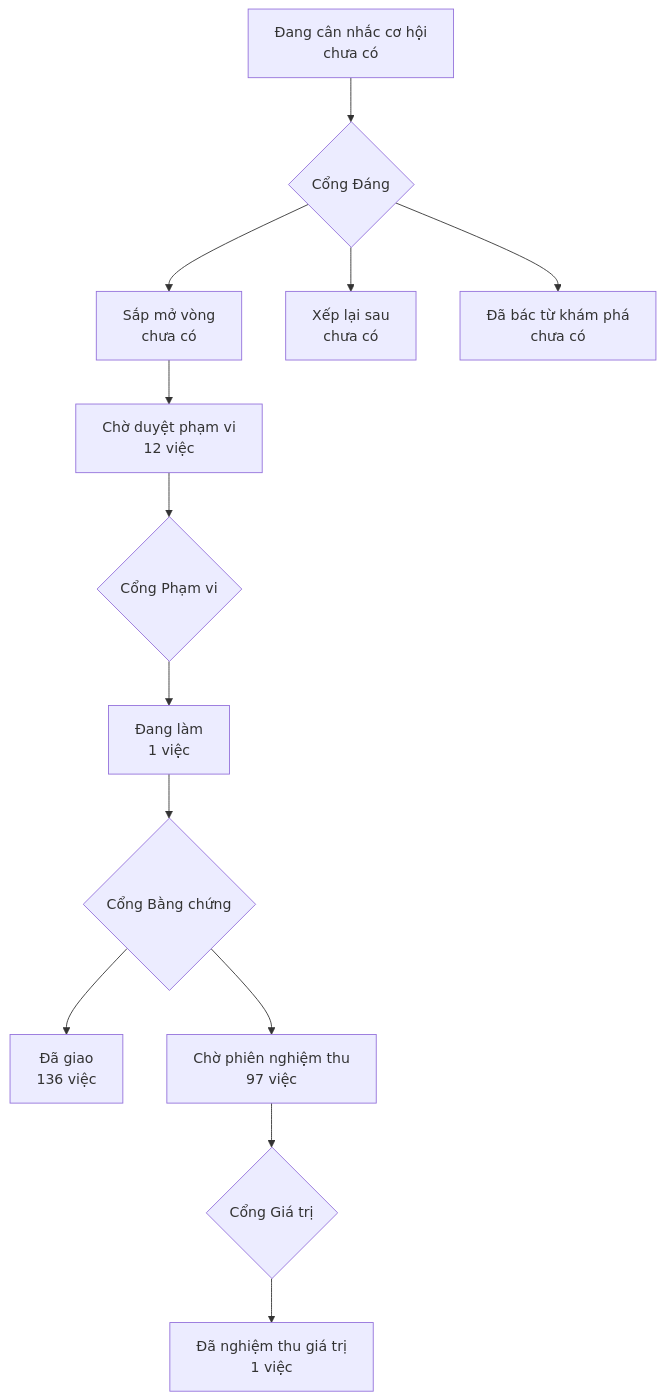
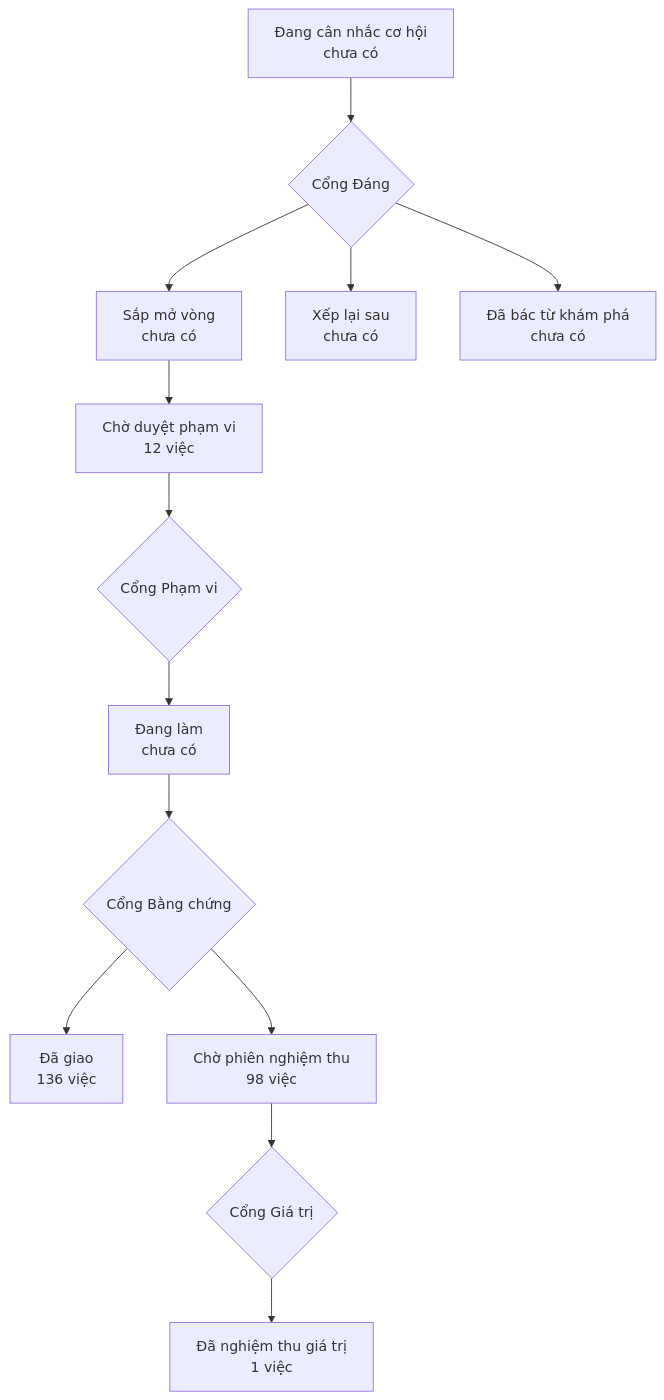
The diagram in PRODUCT-MAP.md (phanlemanh/onehub-invest), drawn with Mermaid before and after one commit. The commit also changed other lines of this file and 4 other files, not shown here.

````diff
--- a/PRODUCT-MAP.md
+++ b/PRODUCT-MAP.md
@@ -7,12 +7,12 @@
 ```mermaid
 flowchart TD
   A["Đang cân nhắc cơ hội<br/>chưa có"] --> GD{"Cổng Đáng"}
   GD --> B["Sắp mở vòng<br/>chưa có"]
   GD --> XL["Xếp lại sau<br/>chưa có"]
   GD --> DB["Đã bác từ khám phá<br/>chưa có"]
   B --> CD["Chờ duyệt phạm vi<br/>12 việc"] --> GP{"Cổng Phạm vi"}
-  GP --> DL["Đang làm<br/>1 việc"] --> GB{"Cổng Bằng chứng"}
+  GP --> DL["Đang làm<br/>chưa có"] --> GB{"Cổng Bằng chứng"}
   GB --> DG["Đã giao<br/>136 việc"]
-  GB --> CN["Chờ phiên nghiệm thu<br/>97 việc"] --> GG{"Cổng Giá trị"}
+  GB --> CN["Chờ phiên nghiệm thu<br/>98 việc"] --> GG{"Cổng Giá trị"}
   GG --> NT["Đã nghiệm thu giá trị<br/>1 việc"]
 ```
````
